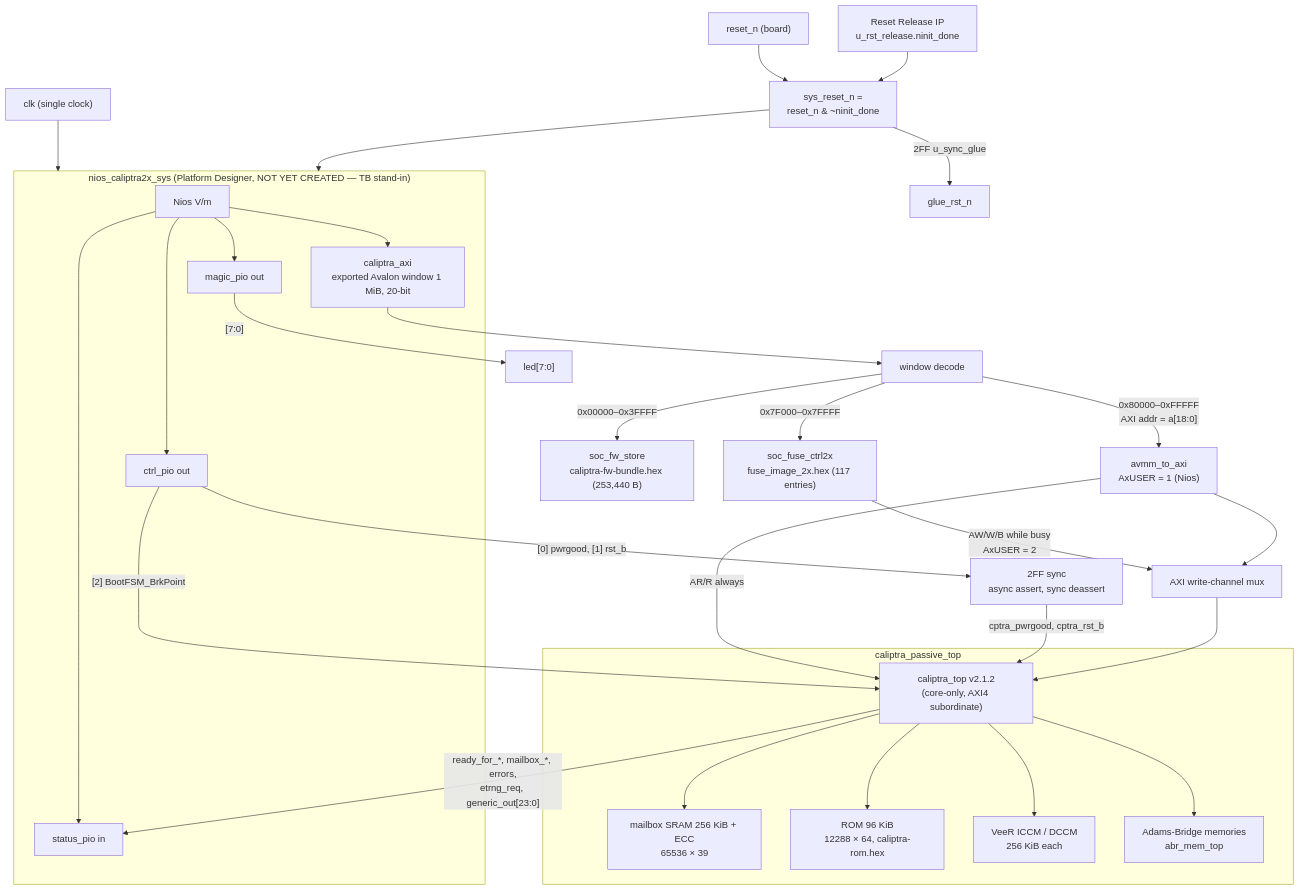
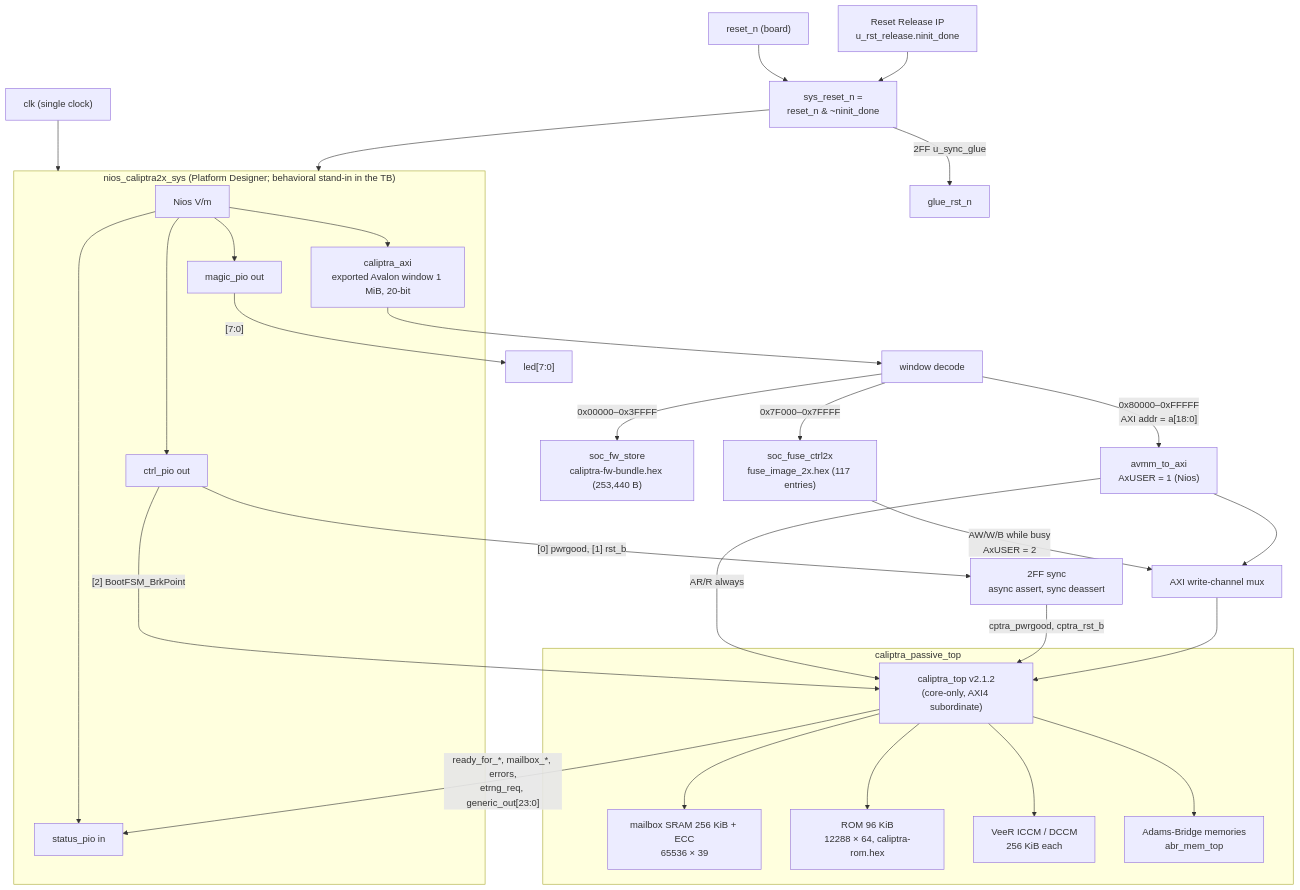
One commit to wlkong2828/caliptra-a5e-quartus changed the first of 2 diagrams in docs/caliptra-2x/NIOS_CALIPTRA_2X_INTEGRATION.md. Above: the diagram before and after it, drawn with Mermaid. The commit also changed other lines of this file and 4 other files, not shown here.

Commit message:
docs: add Nios V <-> Caliptra 2.x signal map (§2.1) to the 2.x integration guide; regenerate PDF

````diff
--- a/docs/caliptra-2x/NIOS_CALIPTRA_2X_INTEGRATION.md
+++ b/docs/caliptra-2x/NIOS_CALIPTRA_2X_INTEGRATION.md
@@ -58,51 +58,51 @@
 ```mermaid
 flowchart TB
   clk["clk (single clock)"]
   rstn["reset_n (board)"]
   rr["Reset Release IP<br/>u_rst_release.ninit_done"]
   gate["sys_reset_n =<br/>reset_n & ~ninit_done"]
   rstn --> gate
   rr --> gate
 
-  subgraph pd ["nios_caliptra2x_sys (Platform Designer, NOT YET CREATED — TB stand-in)"]
+  subgraph pd ["nios_caliptra2x_sys (Platform Designer; behavioral stand-in in the TB)"]
     cpu["Nios V/m"]
     ctrl["ctrl_pio out"]
     stpio["status_pio in"]
     magic["magic_pio out"]
     win["caliptra_axi<br/>exported Avalon window 1 MiB, 20-bit"]
     cpu --> ctrl
     cpu --> stpio
     cpu --> magic
     cpu --> win
   end
   clk --> pd
   gate --> pd
   gate -->|"2FF u_sync_glue"| glue["glue_rst_n"]
   magic -->|"[7:0]"| led["led[7:0]"]
 
   win --> dec["window decode"]
   dec -->|"0x00000–0x3FFFF"| fw["soc_fw_store<br/>caliptra-fw-bundle.hex (253,440 B)"]
   dec -->|"0x7F000–0x7FFFF"| fuse["soc_fuse_ctrl2x<br/>fuse_image_2x.hex (117 entries)"]
   dec -->|"0x80000–0xFFFFF<br/>AXI addr = a[18:0]"| br["avmm_to_axi<br/>AxUSER = 1 (Nios)"]
   fuse -->|"AW/W/B while busy<br/>AxUSER = 2"| mux["AXI write-channel mux"]
   br --> mux
   br -->|"AR/R always"| ctop
 
   ctrl -->|"[0] pwrgood, [1] rst_b"| sync["2FF sync<br/>async assert, sync deassert"]
   sync -->|"cptra_pwrgood, cptra_rst_b"| ctop
   ctrl -->|"[2] BootFSM_BrkPoint"| ctop
   mux --> ctop
 
   subgraph wrap ["caliptra_passive_top"]
     ctop["caliptra_top v2.1.2<br/>(core-only, AXI4 subordinate)"]
     msram["mailbox SRAM 256 KiB + ECC<br/>65536 × 39"]
     rom["ROM 96 KiB<br/>12288 × 64, caliptra-rom.hex"]
     veer["VeeR ICCM / DCCM<br/>256 KiB each"]
     abr["Adams-Bridge memories<br/>abr_mem_top"]
     ctop --> msram
     ctop --> rom
     ctop --> veer
     ctop --> abr
   end
   ctop -->|"ready_for_*, mailbox_*, errors,<br/>etrng_req, generic_out[23:0]"| stpio
 ```
````
